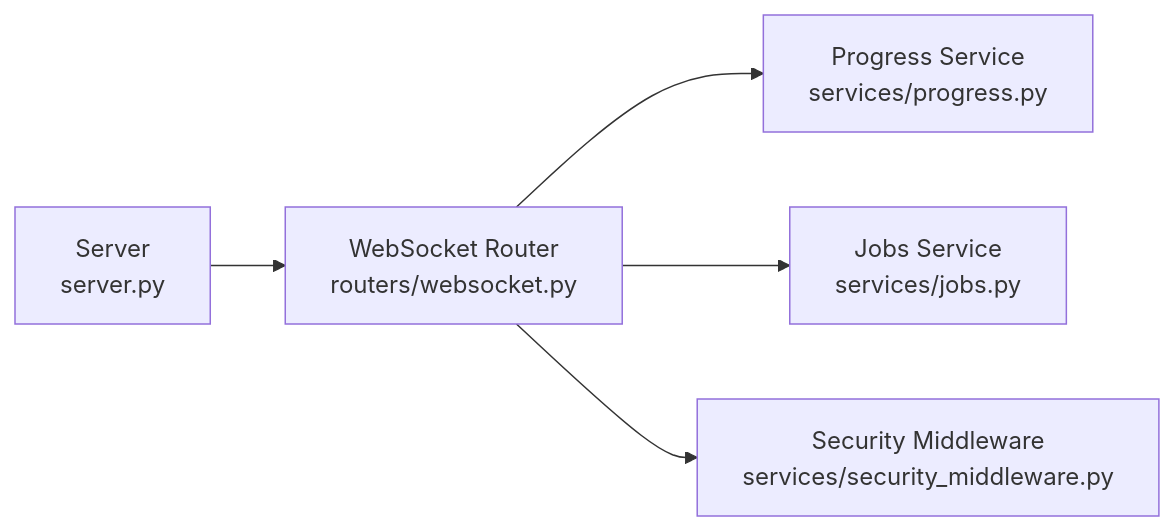
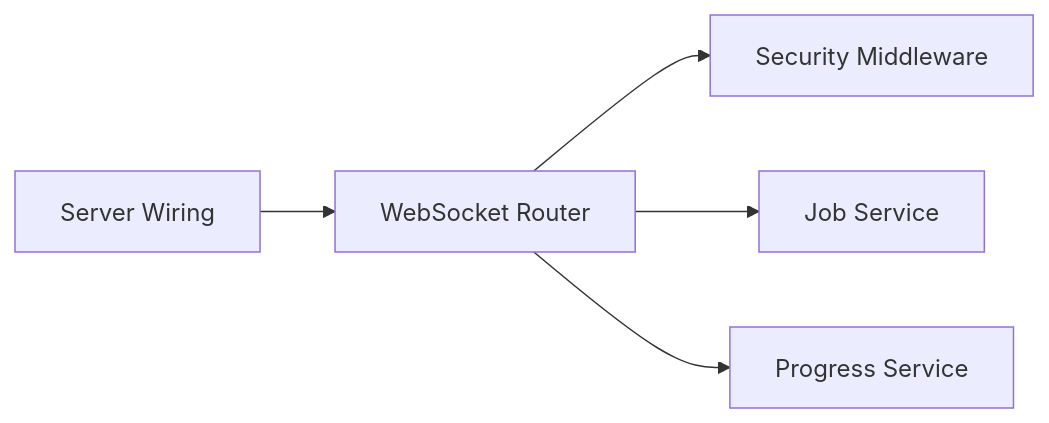
One commit to Sifr-r/LocalDeepL changed the fourth of 4 diagrams in .qoder/repowiki/en/content/API Reference/WebSocket API.md. Above: the diagram before and after it, drawn with Mermaid. The commit also changed other lines of this file and 246 other files, not shown here.

````diff
--- a/.qoder/repowiki/en/content/API Reference/WebSocket API.md
+++ b/.qoder/repowiki/en/content/API Reference/WebSocket API.md
@@ -327,7 +230,7 @@
 ```mermaid
 graph LR
-WS["WebSocket Router<br/>routers/websocket.py"] --> PR["Progress Service<br/>services/progress.py"]
-WS --> JB["Jobs Service<br/>services/jobs.py"]
-WS --> SM["Security Middleware<br/>services/security_middleware.py"]
-SRV["Server<br/>server.py"] --> WS
+Router["WebSocket Router"] --> Auth["Security Middleware"]
+Router --> Jobs["Job Service"]
+Router --> Progress["Progress Service"]
+Server["Server Wiring"] --> Router
 ```
````
